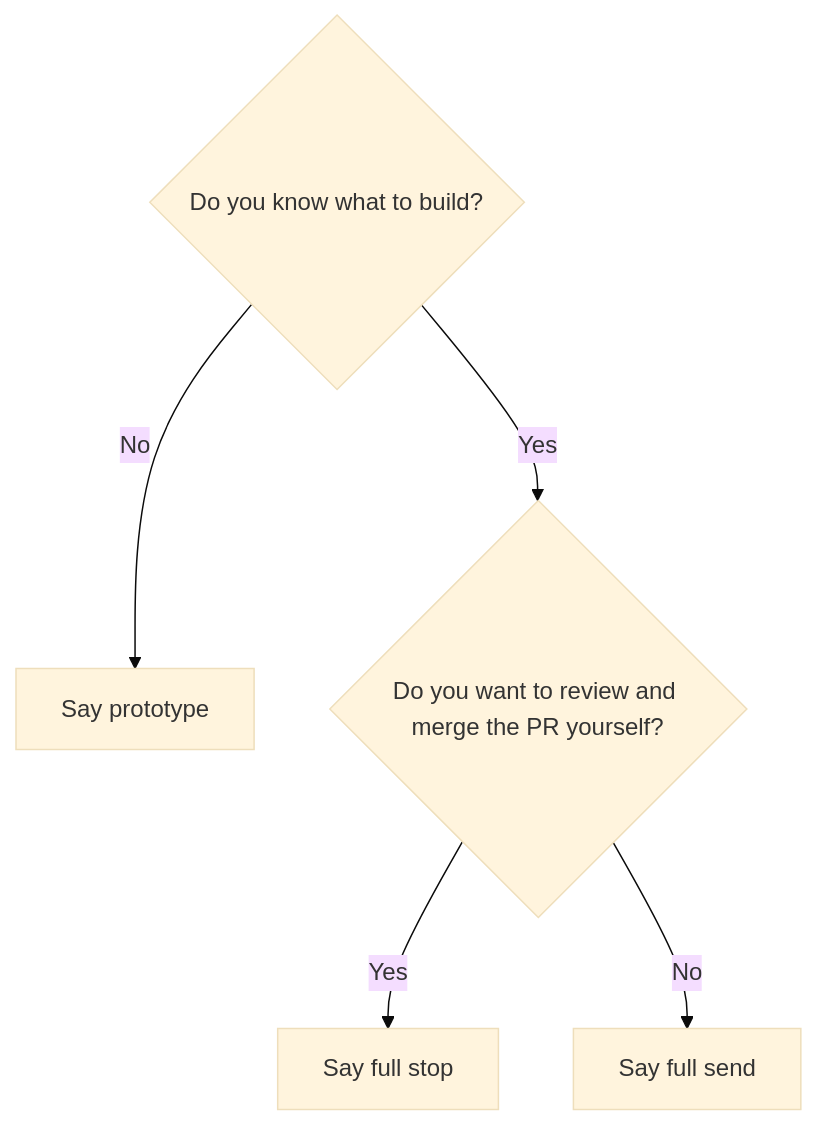
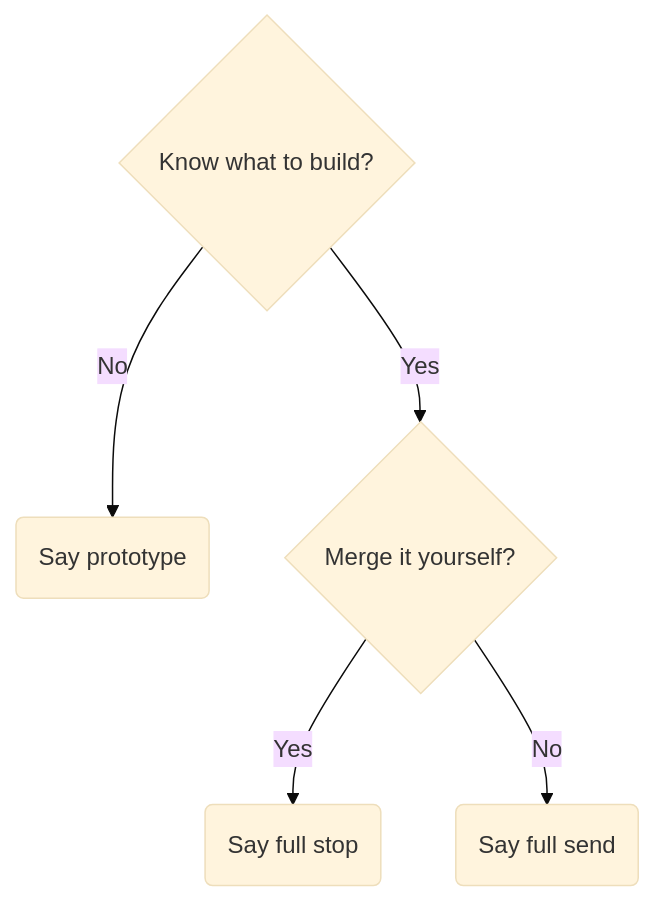
The diagram in wiki/Home.md (JoshuaHayesWasHere/jstack), drawn with Mermaid (base theme) before and after one commit. The commit also changed other lines of this file and 7 other files, not shown here.

Commit message:
Wiki diagrams explain only the skills, never cross a line, and fit GitHub's viewer in light and dark mode

````diff
--- a/wiki/Home.md
+++ b/wiki/Home.md
@@ -30,8 +15,9 @@
 ```mermaid
+%%{init: {"flowchart": {"wrappingWidth": 400}}}%%
 flowchart TD
-    q1{"Do you know what to build?"}
-    q1 -->|No| proto["Say prototype"]
-    q1 -->|Yes| q2{"Do you want to review and merge the PR yourself?"}
-    q2 -->|Yes| stop["Say full stop"]
-    q2 -->|No| send["Say full send"]
+    q1{"Know what to build?"}
+    q1 -->|No| proto("Say prototype")
+    q1 -->|Yes| q2{"Merge it yourself?"}
+    q2 -->|Yes| stop("Say full stop")
+    q2 -->|No| send("Say full send")
 ```
````
